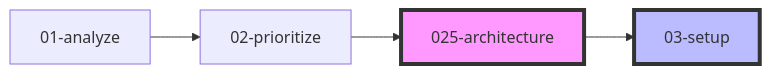
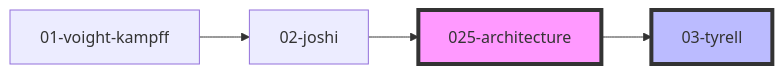
One commit to benpchandler/nexus changed the diagram in commands/ARCHITECTURE_VS_SETUP.md. Above: the diagram before and after it, drawn with Mermaid. The commit also changed other lines of this file and 16 other files, not shown here.

````diff
--- a/commands/ARCHITECTURE_VS_SETUP.md
+++ b/commands/ARCHITECTURE_VS_SETUP.md
@@ -86,9 +86,9 @@
 ```mermaid
 graph LR
-    A[01-analyze] --> B[02-prioritize]
+    A[01-voight-kampff] --> B[02-joshi]
     B --> C[025-architecture]
-    C --> D[03-setup]
+    C --> D[03-tyrell]
     
     style C fill:#f9f,stroke:#333,stroke-width:4px
     style D fill:#bbf,stroke:#333,stroke-width:4px
 ```
````
